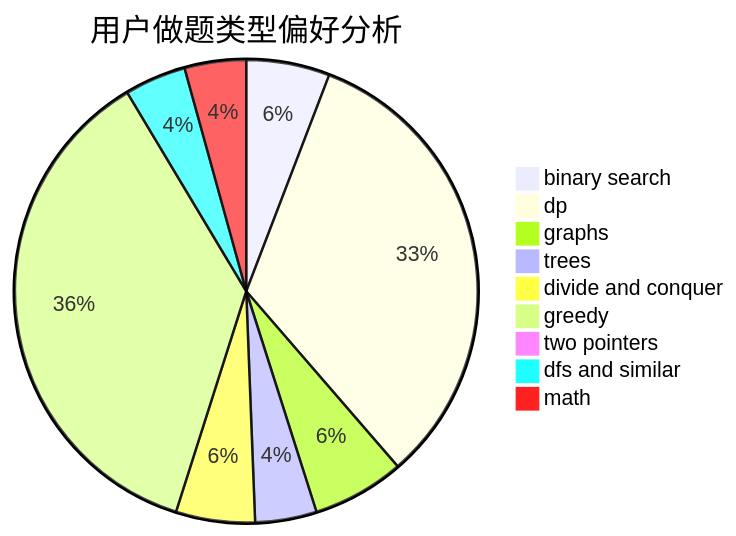
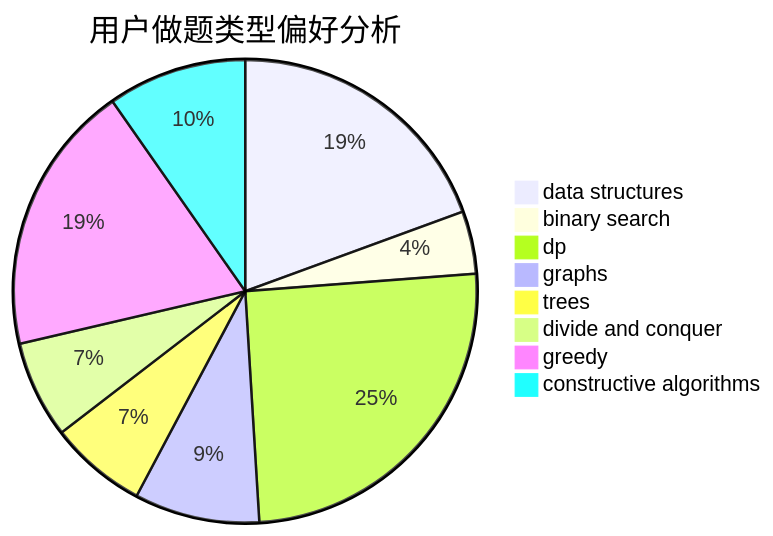
Before and after one commit to sherpahu/cfrs.github.io: the second of 3 diagrams in docs/user/u1372.md, drawn with Mermaid. The commit also changed other lines of this file and 2775 other files, not shown here.

````diff
--- a/docs/user/u1372.md
+++ b/docs/user/u1372.md
@@ -23,12 +23,11 @@
 ```mermaid
 pie title 用户做题类型偏好分析
-    "binary search" :  19
-    "dp" :  107
-    "graphs" :  21
+    "data structures" :  40
+    "binary search" :  9
+    "dp" :  52
+    "graphs" :  18
     "trees" :  14
-    "divide and conquer" :  18
-    "greedy" :  119
-    "two pointers" :  1
-    "dfs and similar" :  14
-    "math" :  14
+    "divide and conquer" :  14
+    "greedy" :  39
+    "constructive algorithms" :  20
 ```
````
